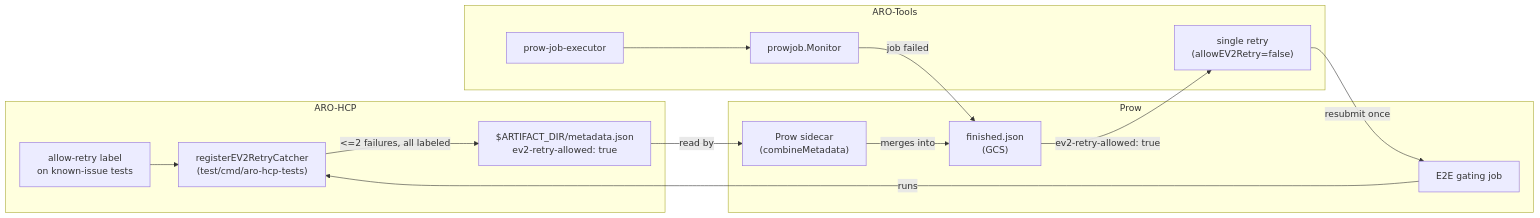
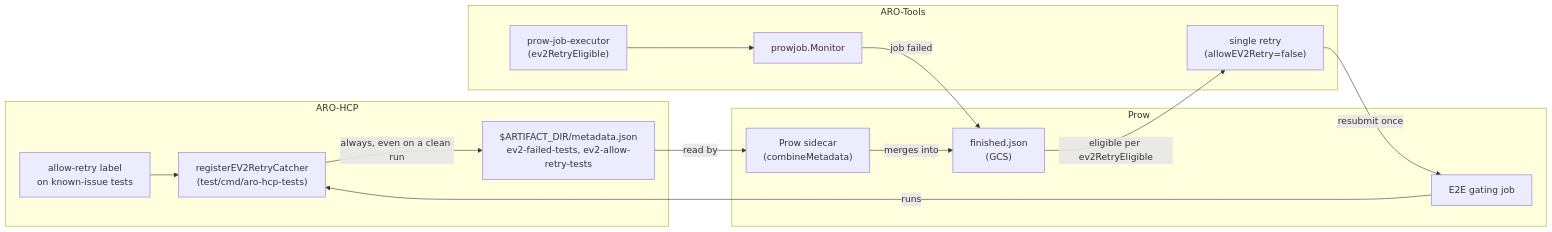
Before and after one commit to Azure/ARO-HCP: the first of 2 diagrams in docs/ci/ev2-retry-catcher.md, drawn with Mermaid. The commit also changed other lines of this file and 1 other file, not shown here.

First line of the commit message:
docs(ci): describe the always-report metadata + policy-in-executor split (AROSLSRE-1721)

````diff
--- a/docs/ci/ev2-retry-catcher.md
+++ b/docs/ci/ev2-retry-catcher.md
@@ -27,31 +27,31 @@
 ```mermaid
 ---
 config:
   layout: dagre
 ---
 flowchart LR
  subgraph aro_hcp["ARO-HCP"]
         label["allow-retry label\non known-issue tests"]
         catcher["registerEV2RetryCatcher\n(test/cmd/aro-hcp-tests)"]
-        artifact["$ARTIFACT_DIR/metadata.json\nev2-retry-allowed: true"]
+        artifact["$ARTIFACT_DIR/metadata.json\nev2-failed-tests, ev2-allow-retry-tests"]
   end
  subgraph prow["Prow"]
         job["E2E gating job"]
         sidecar["Prow sidecar\n(combineMetadata)"]
         finished["finished.json\n(GCS)"]
   end
  subgraph aro_tools["ARO-Tools"]
-        executor["prow-job-executor"]
+        executor["prow-job-executor\n(ev2RetryEligible)"]
         monitor["prowjob.Monitor"]
         retry["single retry\n(allowEV2Retry=false)"]
   end
   label --> catcher
   job -- runs --> catcher
-  catcher -- "<=2 failures, all labeled" --> artifact
+  catcher -- "always, even on a clean run" --> artifact
   artifact -- read by --> sidecar
   sidecar -- merges into --> finished
   executor --> monitor
   monitor -- "job failed" --> finished
-  finished -- "ev2-retry-allowed: true" --> retry
+  finished -- "eligible per ev2RetryEligible" --> retry
   retry -- resubmit once --> job
 ```
````
